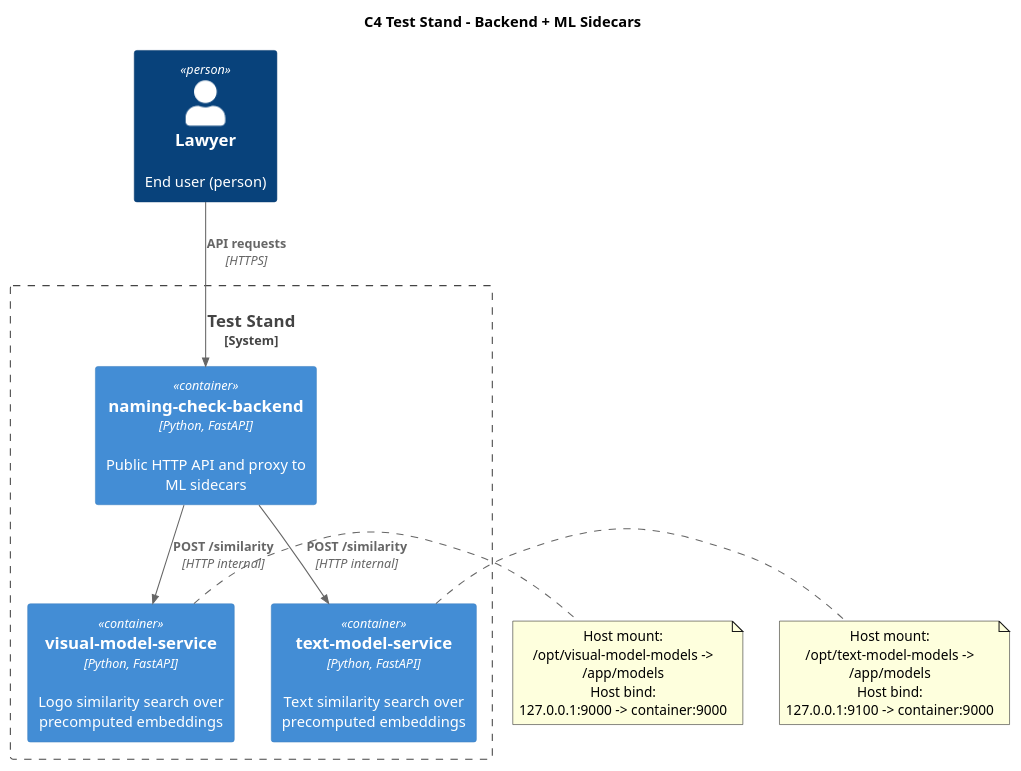
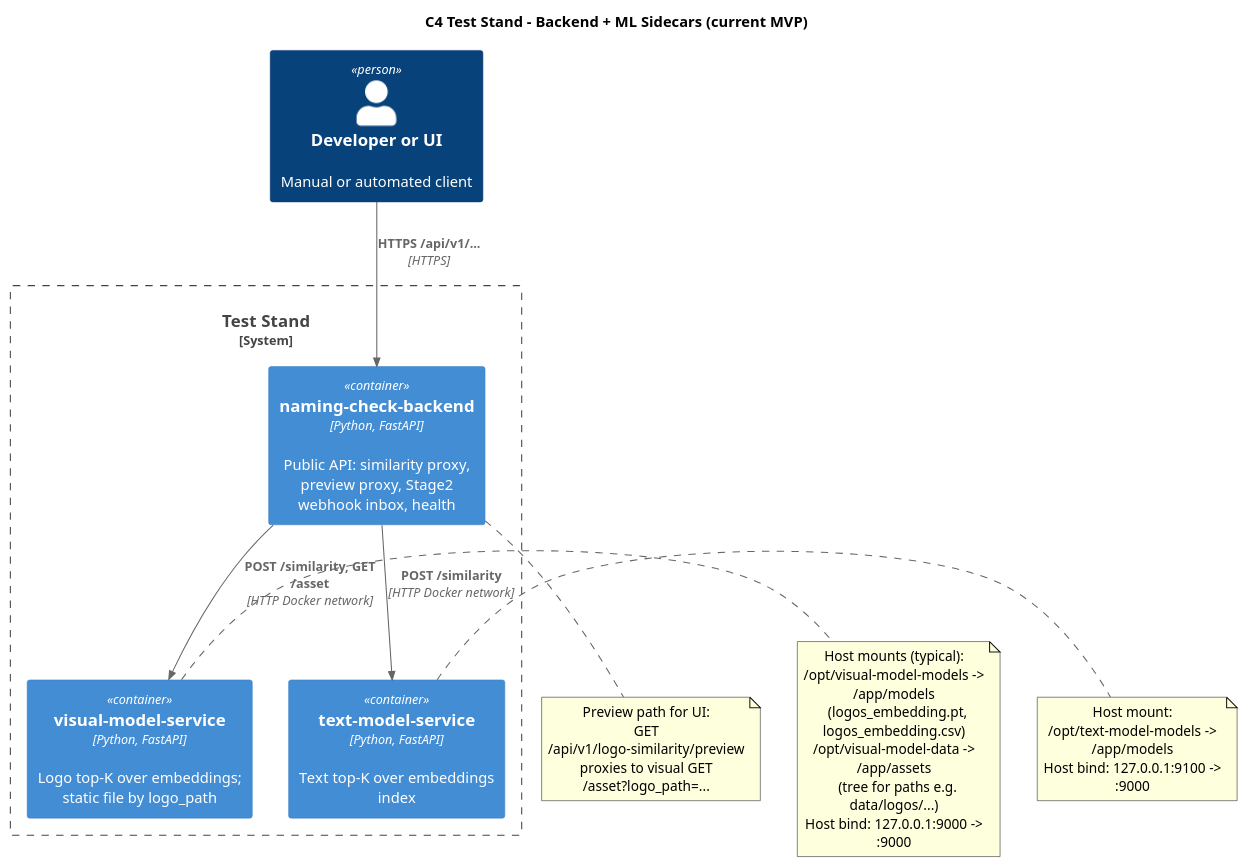
The diagram in diagrams/architecture/puml/naming_check_c4_test_stand_ml_sidecars.puml (Naming-Checker/System-Analysis), drawn with PlantUML before and after one commit. The commit also changed 20 other files, not shown here.

```diff
--- a/diagrams/architecture/puml/naming_check_c4_test_stand_ml_sidecars.puml
+++ b/diagrams/architecture/puml/naming_check_c4_test_stand_ml_sidecars.puml
@@ -1,34 +1,41 @@
 @startuml NamingCheck_C4_TestStand_MlSidecars
-title C4 Test Stand - Backend + ML Sidecars
+title C4 Test Stand - Backend + ML Sidecars (current MVP)
 
 !include <C4/C4_Container>
 
 LAYOUT_TOP_DOWN()
 
-Person(lawyer, "Lawyer", "End user (person)")
+Person(user, "Developer or UI", "Manual or automated client")
 
 System_Boundary(test_stand, "Test Stand") {
-  Container(naming_check_backend, "naming-check-backend", "Python, FastAPI", "Public HTTP API and proxy to ML sidecars")
-  Container(visual_model_service, "visual-model-service", "Python, FastAPI", "Logo similarity search over precomputed embeddings")
-  Container(text_model_service, "text-model-service", "Python, FastAPI", "Text similarity search over precomputed embeddings")
+  Container(naming_check_backend, "naming-check-backend", "Python, FastAPI", "Public API: similarity proxy, preview proxy, Stage2 webhook inbox, health")
+  Container(visual_model_service, "visual-model-service", "Python, FastAPI", "Logo top-K over embeddings; static file by logo_path")
+  Container(text_model_service, "text-model-service", "Python, FastAPI", "Text top-K over embeddings index")
 }
 
-Rel_Down(lawyer, naming_check_backend, "API requests", "HTTPS")
-Rel_Down(naming_check_backend, visual_model_service, "POST /similarity", "HTTP internal")
-Rel_Down(naming_check_backend, text_model_service, "POST /similarity", "HTTP internal")
+Rel_Down(user, naming_check_backend, "HTTPS /api/v1/...", "HTTPS")
+Rel_Down(naming_check_backend, visual_model_service, "POST /similarity, GET /asset", "HTTP Docker network")
+Rel_Down(naming_check_backend, text_model_service, "POST /similarity", "HTTP Docker network")
 
 note right of visual_model_service
-  Host mount:
+  Host mounts (typical):
   /opt/visual-model-models -> /app/models
-  Host bind:
-  127.0.0.1:9000 -> container:9000
+    (logos_embedding.pt, logos_embedding.csv)
+  /opt/visual-model-data -> /app/assets
+    (tree for paths e.g. data/logos/...)
+  Host bind: 127.0.0.1:9000 -> :9000
 end note
 
 note right of text_model_service
   Host mount:
   /opt/text-model-models -> /app/models
-  Host bind:
-  127.0.0.1:9100 -> container:9000
+  Host bind: 127.0.0.1:9100 -> :9000
+end note
+
+note bottom of naming_check_backend
+  Preview path for UI:
+  GET /api/v1/logo-similarity/preview
+  proxies to visual GET /asset?logo_path=...
 end note
 
 @enduml
```
